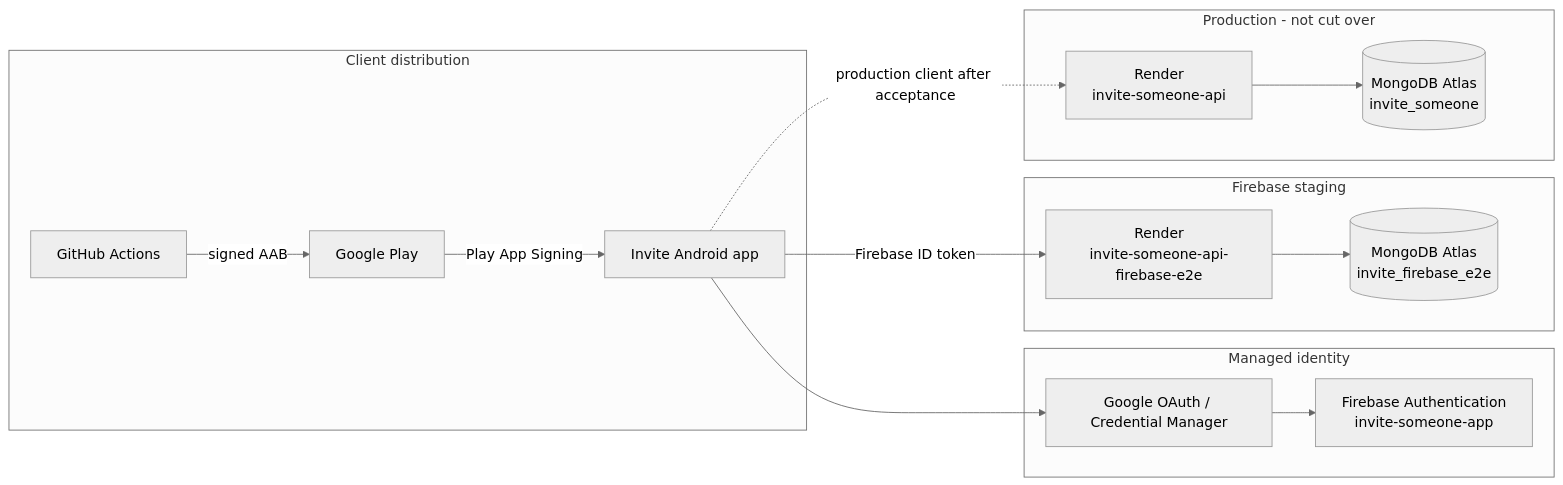
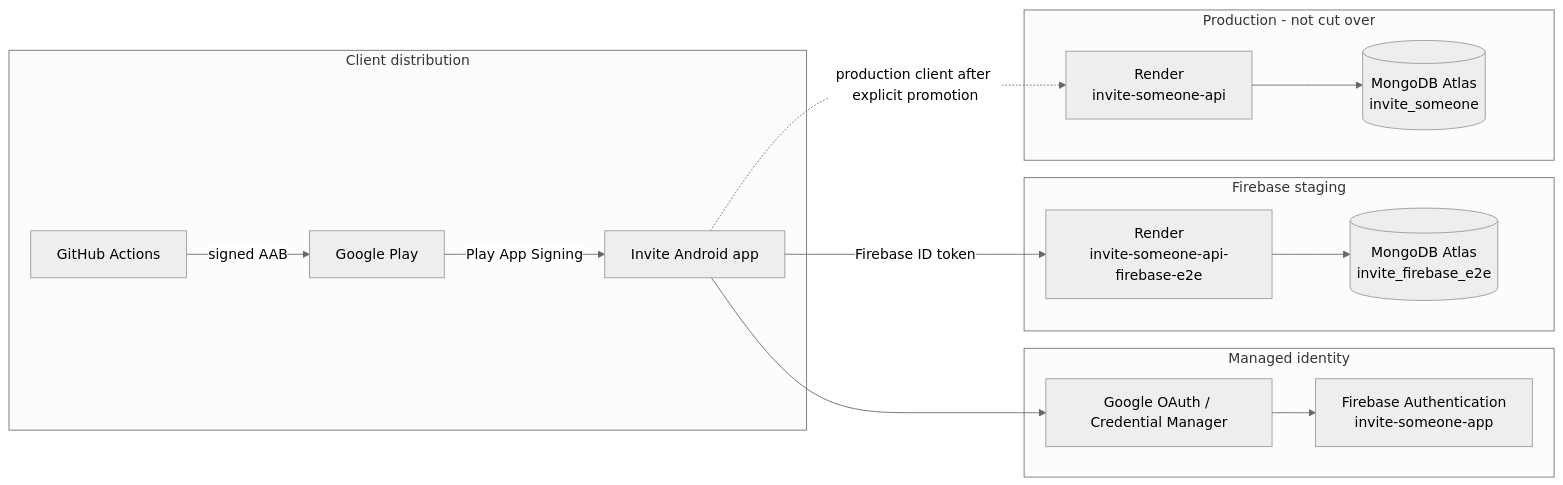
One commit to charifmahmoudi/Invite-someone-app changed the first of 2 diagrams in docs/DEPLOYMENT_ARCHITECTURE.md. Above: the diagram before and after it, drawn with Mermaid (neutral theme). The commit also changed other lines of this file, not shown here.

Commit message:
docs: record acceptance waiver in deployment architecture

````diff
--- a/docs/DEPLOYMENT_ARCHITECTURE.md
+++ b/docs/DEPLOYMENT_ARCHITECTURE.md
@@ -11,32 +11,32 @@
 ```mermaid
 flowchart LR
   subgraph Client[Client distribution]
     GH[GitHub Actions]
     Play[Google Play]
     App[Invite Android app]
   end
 
   subgraph Identity[Managed identity]
     Firebase[Firebase Authentication\ninvite-someone-app]
     Google[Google OAuth / Credential Manager]
   end
 
   subgraph Staging[Firebase staging]
     StagingAPI[Render\ninvite-someone-api-firebase-e2e]
     StagingDB[(MongoDB Atlas\ninvite_firebase_e2e)]
   end
 
   subgraph Production[Production - not cut over]
     ProdAPI[Render\ninvite-someone-api]
     ProdDB[(MongoDB Atlas\ninvite_someone)]
   end
 
   GH -->|signed AAB| Play
   Play -->|Play App Signing| App
   App --> Google
   Google --> Firebase
   App -->|Firebase ID token| StagingAPI
   StagingAPI --> StagingDB
-  App -. production client after acceptance .-> ProdAPI
+  App -. production client after explicit promotion .-> ProdAPI
   ProdAPI --> ProdDB
 ```
````
